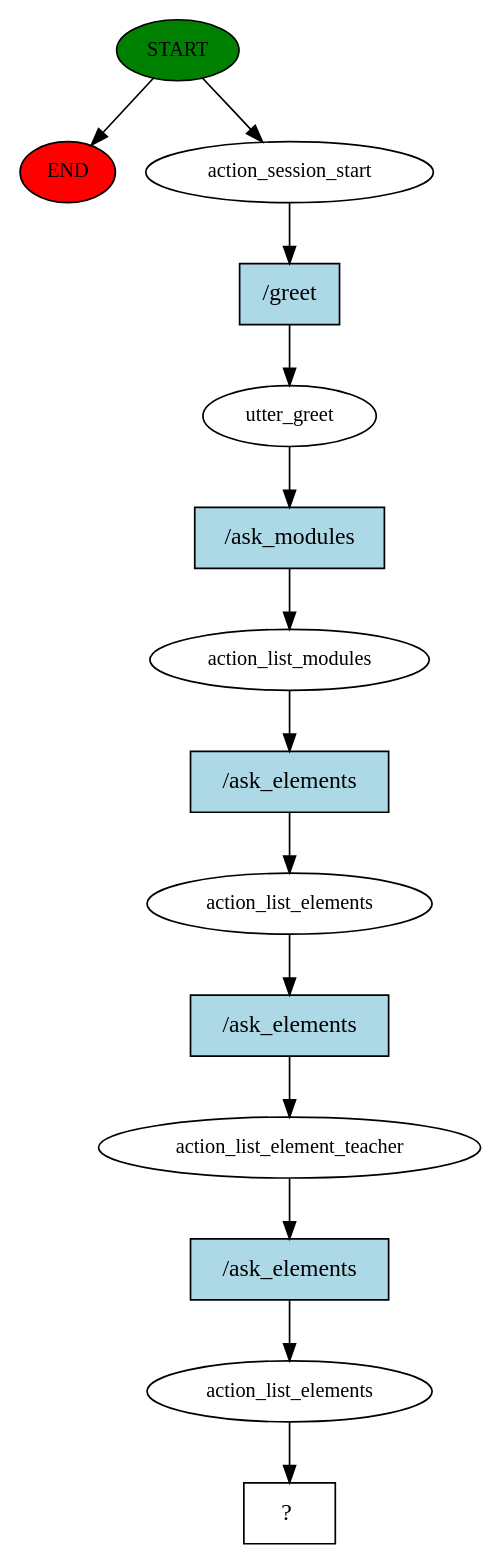
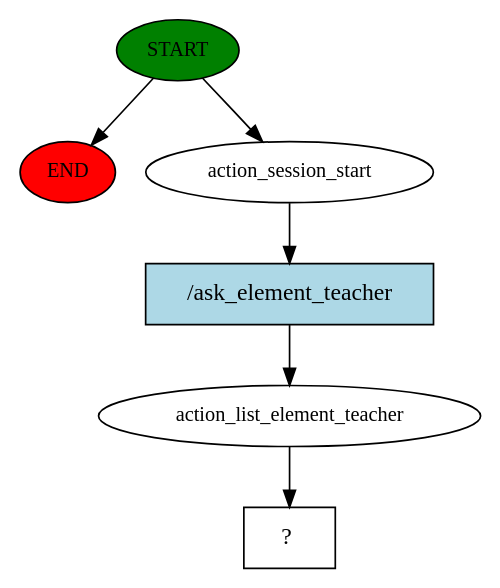
The diagram in story_graph.dot (yb403/ChatBotAI-costumer-service), drawn with Graphviz before and after one commit. The commit also changed 1 other file, not shown here.

```diff
--- a/story_graph.dot
+++ b/story_graph.dot
@@ -1,29 +1,13 @@
 digraph  {
 0 [class="start active", fillcolor=green, fontsize=12, label=START, style=filled];
 "-1" [class=end, fillcolor=red, fontsize=12, label=END, style=filled];
 1 [class=active, fontsize=12, label=action_session_start];
-2 [class=active, fontsize=12, label=utter_greet];
-3 [class=active, fontsize=12, label=action_list_modules];
-4 [class=active, fontsize=12, label=action_list_elements];
-5 [class=active, fontsize=12, label=action_list_element_teacher];
-6 [class=active, fontsize=12, label=action_list_elements];
-7 [class="intent dashed active", label="  ?  ", shape=rect];
-8 [class="intent active", fillcolor=lightblue, label="/greet", shape=rect, style=filled];
-9 [class="intent active", fillcolor=lightblue, label="/ask_modules", shape=rect, style=filled];
-10 [class="intent active", fillcolor=lightblue, label="/ask_elements", shape=rect, style=filled];
-11 [class="intent active", fillcolor=lightblue, label="/ask_elements", shape=rect, style=filled];
-12 [class="intent active", fillcolor=lightblue, label="/ask_elements", shape=rect, style=filled];
+2 [class=active, fontsize=12, label=action_list_element_teacher];
+3 [class="intent dashed active", label="  ?  ", shape=rect];
+4 [class="intent active", fillcolor=lightblue, label="/ask_element_teacher", shape=rect, style=filled];
 0 -> "-1"  [class="", key=NONE, label=""];
 0 -> 1  [class=active, key=NONE, label=""];
-1 -> 8  [class=active, key=0];
-2 -> 9  [class=active, key=0];
-3 -> 10  [class=active, key=0];
-4 -> 11  [class=active, key=0];
-5 -> 12  [class=active, key=0];
-6 -> 7  [class=active, key=NONE, label=""];
-8 -> 2  [class=active, key=0];
-9 -> 3  [class=active, key=0];
-10 -> 4  [class=active, key=0];
-11 -> 5  [class=active, key=0];
-12 -> 6  [class=active, key=0];
+1 -> 4  [class=active, key=0];
+2 -> 3  [class=active, key=NONE, label=""];
+4 -> 2  [class=active, key=0];
 }
```
